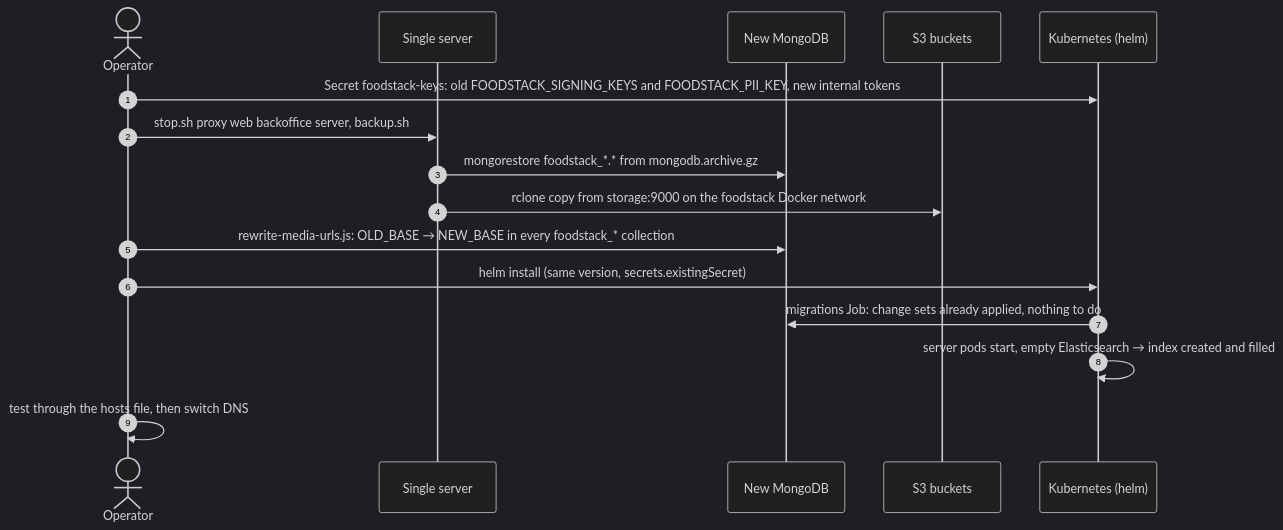
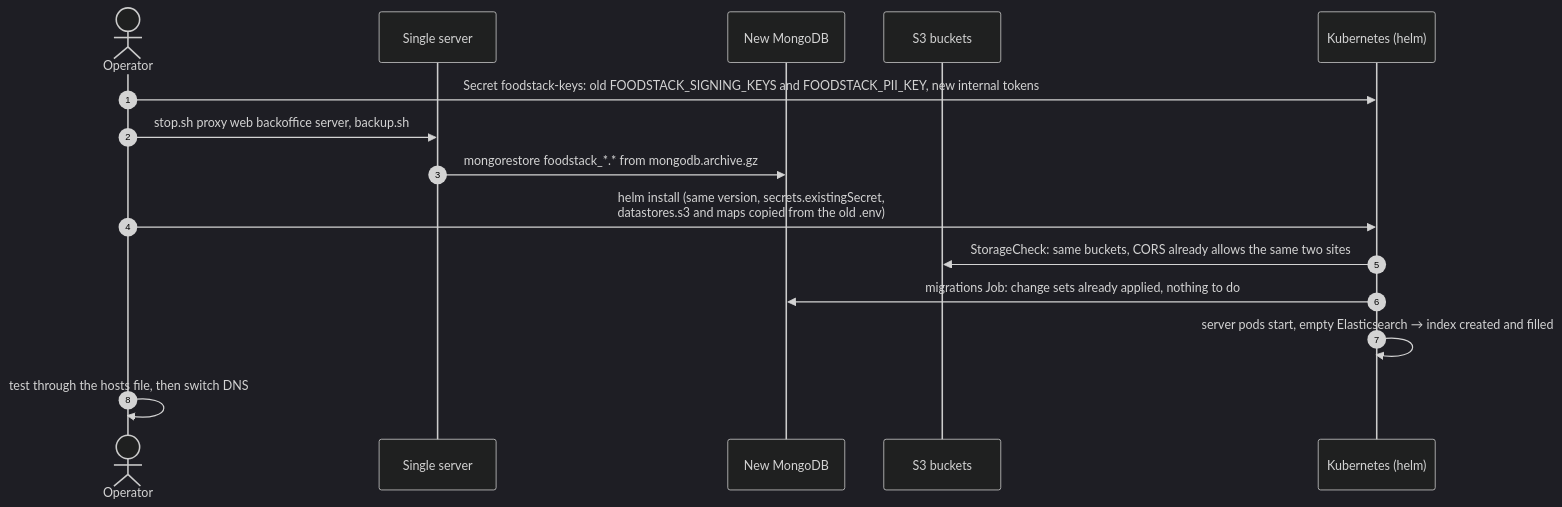
Before and after one commit to ilyaslabs/foodstack: the third of 5 diagrams in docs/architecture/11-operations.md, drawn with Mermaid (dark theme). The commit also changed other lines of this file and 55 other files, not shown here.

First line of the commit message:
Require the operator's own buckets and map provider; Google maps adapter

````diff
--- a/docs/architecture/11-operations.md
+++ b/docs/architecture/11-operations.md
@@ -65,19 +69,18 @@
 ```mermaid
 sequenceDiagram
     autonumber
     actor Op as Operator
     participant Old as Single server
     participant NM as New MongoDB
     participant NS as S3 buckets
     participant K as Kubernetes (helm)
 
     Op->>K: Secret foodstack-keys: old FOODSTACK_SIGNING_KEYS and FOODSTACK_PII_KEY, new internal tokens
     Op->>Old: stop.sh proxy web backoffice server, backup.sh
     Old->>NM: mongorestore foodstack_*.* from mongodb.archive.gz
-    Old->>NS: rclone copy from storage:9000 on the foodstack Docker network
-    Op->>NM: rewrite-media-urls.js: OLD_BASE → NEW_BASE in every foodstack_* collection
-    Op->>K: helm install (same version, secrets.existingSecret)
+    Op->>K: helm install (same version, secrets.existingSecret,<br/>datastores.s3 and maps copied from the old .env)
+    K->>NS: StorageCheck: same buckets, CORS already allows the same two sites
     K->>NM: migrations Job: change sets already applied, nothing to do
     K->>K: server pods start, empty Elasticsearch → index created and filled
     Op->>Op: test through the hosts file, then switch DNS
 ```
````
